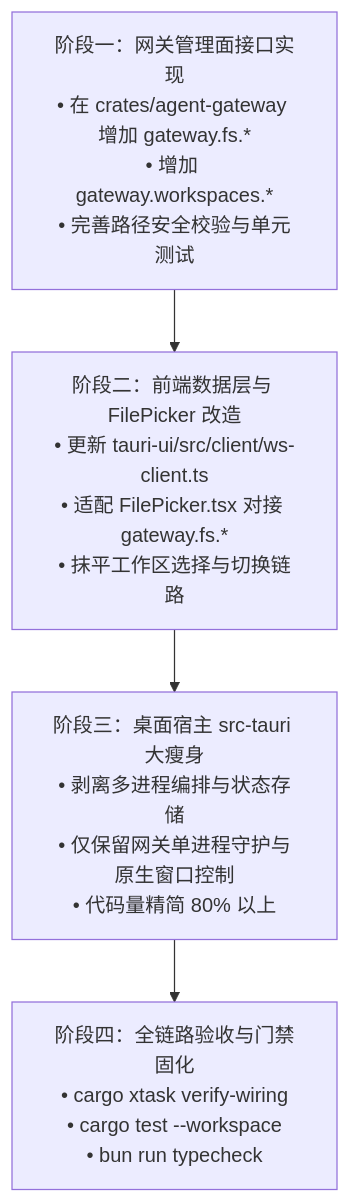
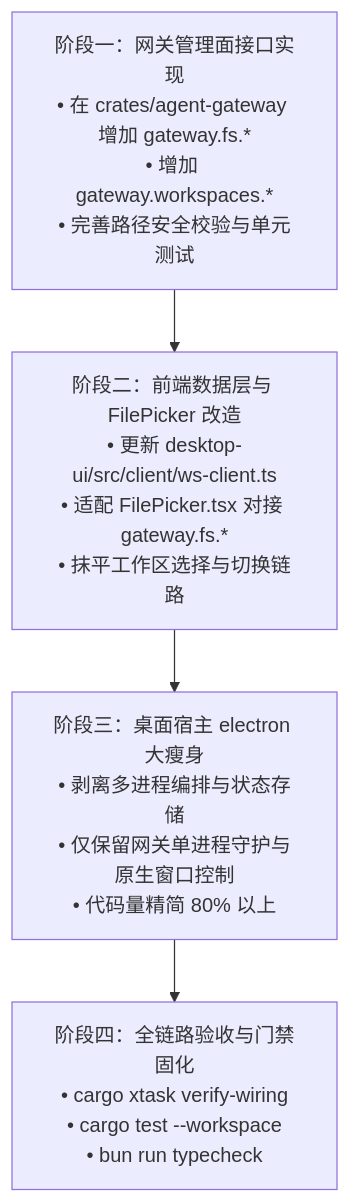
Before and after one commit to issueye/a_da: the second of 2 diagrams in docs/gateway-workspace-and-thin-client-design.md, drawn with Mermaid. The commit also changed other lines of this file and 86 other files, not shown here.

First line of the commit message:
refactor(shell): 移除 Tauri 宿主，桌面前端 tauri-ui 改名 desktop-ui

````diff
--- a/docs/gateway-workspace-and-thin-client-design.md
+++ b/docs/gateway-workspace-and-thin-client-design.md
@@ -416,9 +405,9 @@
 ```mermaid
 flowchart TD
     M1["阶段一：网关管理面接口实现<br>• 在 crates/agent-gateway 增加 gateway.fs.*<br>• 增加 gateway.workspaces.*<br>• 完善路径安全校验与单元测试"]
-    M2["阶段二：前端数据层与 FilePicker 改造<br>• 更新 tauri-ui/src/client/ws-client.ts<br>• 适配 FilePicker.tsx 对接 gateway.fs.*<br>• 抹平工作区选择与切换链路"]
-    M3["阶段三：桌面宿主 src-tauri 大瘦身<br>• 剥离多进程编排与状态存储<br>• 仅保留网关单进程守护与原生窗口控制<br>• 代码量精简 80% 以上"]
+    M2["阶段二：前端数据层与 FilePicker 改造<br>• 更新 desktop-ui/src/client/ws-client.ts<br>• 适配 FilePicker.tsx 对接 gateway.fs.*<br>• 抹平工作区选择与切换链路"]
+    M3["阶段三：桌面宿主 electron 大瘦身<br>• 剥离多进程编排与状态存储<br>• 仅保留网关单进程守护与原生窗口控制<br>• 代码量精简 80% 以上"]
     M4["阶段四：全链路验收与门禁固化<br>• cargo xtask verify-wiring<br>• cargo test --workspace<br>• bun run typecheck"]
 
     M1 --> M2 --> M3 --> M4
 ```
````
